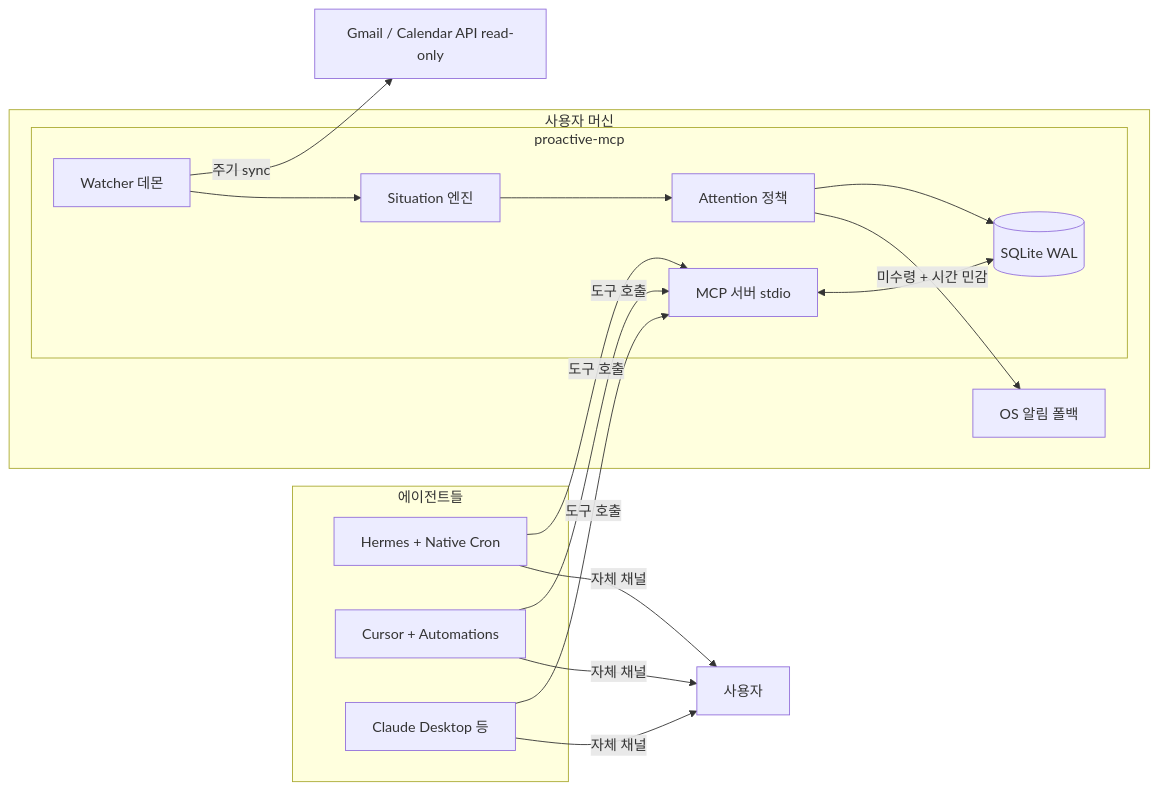
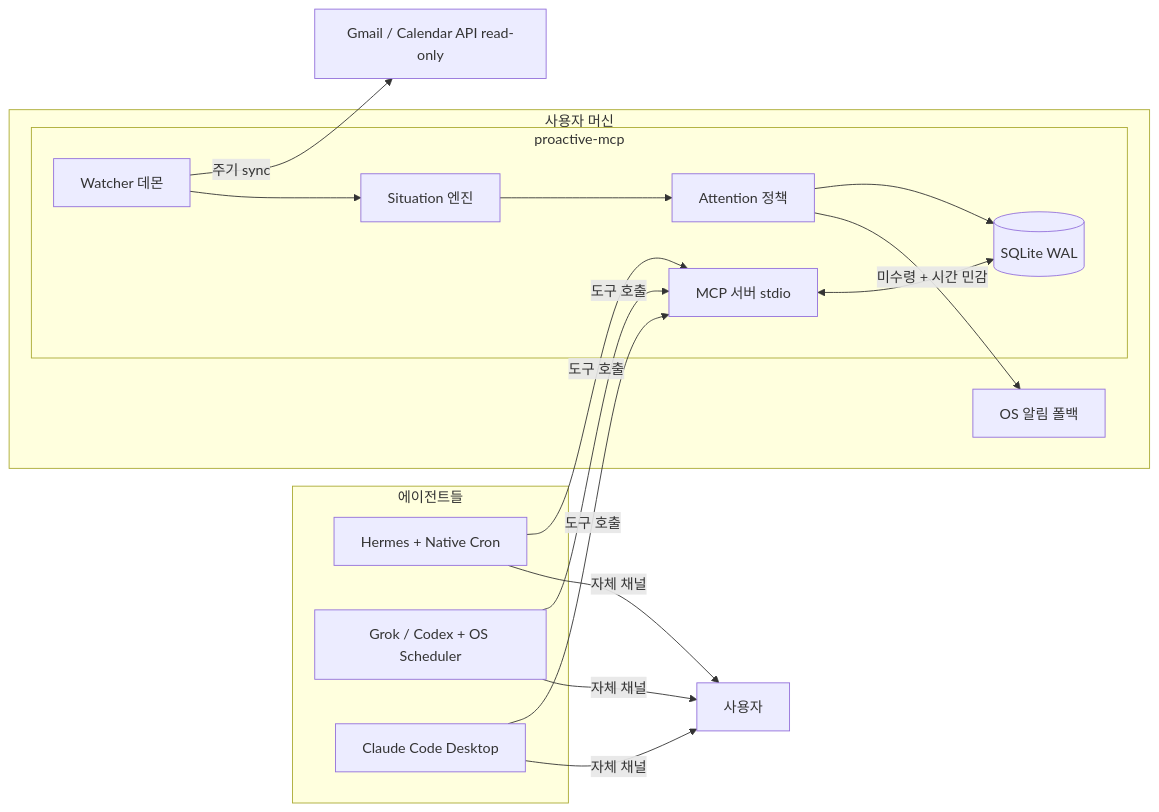
The diagram in docs/PRODUCT_PLAN.md (madrobotnet/proactive-mcp), drawn with Mermaid before and after one commit. The commit also changed other lines of this file and 3 other files, not shown here.

````diff
--- a/docs/PRODUCT_PLAN.md
+++ b/docs/PRODUCT_PLAN.md
@@ -58,25 +58,25 @@
 ```mermaid
 flowchart LR
     subgraph agents [에이전트들]
         A1[Hermes + Native Cron]
-        A2[Cursor + Automations]
-        A3[Claude Desktop 등]
+        A2[Grok / Codex + OS Scheduler]
+        A3[Claude Code Desktop]
     end
     subgraph host [사용자 머신]
         subgraph pm [proactive-mcp]
             MCP[MCP 서버 stdio]
             D[Watcher 데몬]
             SE[Situation 엔진]
             AP[Attention 정책]
             DB[(SQLite WAL)]
         end
         T[OS 알림 폴백]
     end
     G[Gmail / Calendar API read-only]
     A1 & A2 & A3 -->|"도구 호출"| MCP
     MCP <--> DB
     D -->|"주기 sync"| G
     D --> SE --> AP --> DB
     AP -->|"미수령 + 시간 민감"| T
     A1 & A2 & A3 -->|"자체 채널"| U[사용자]
 ```
````
